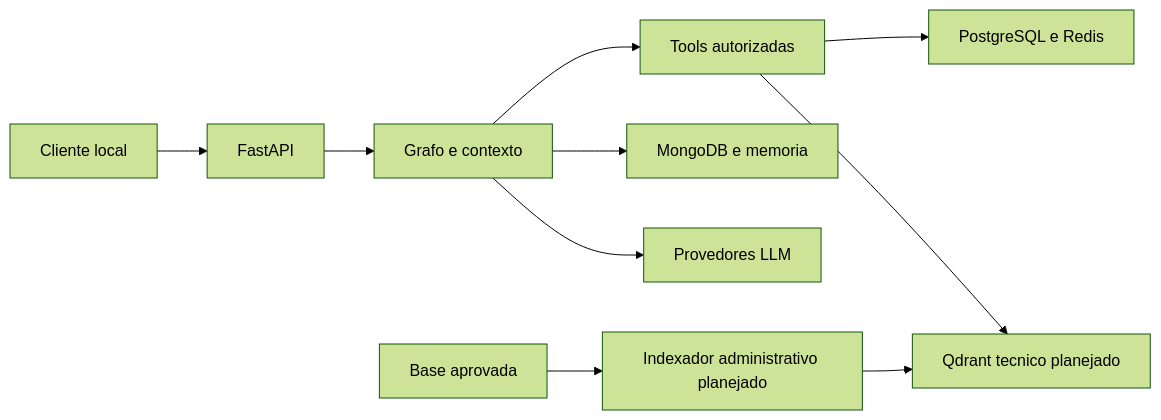
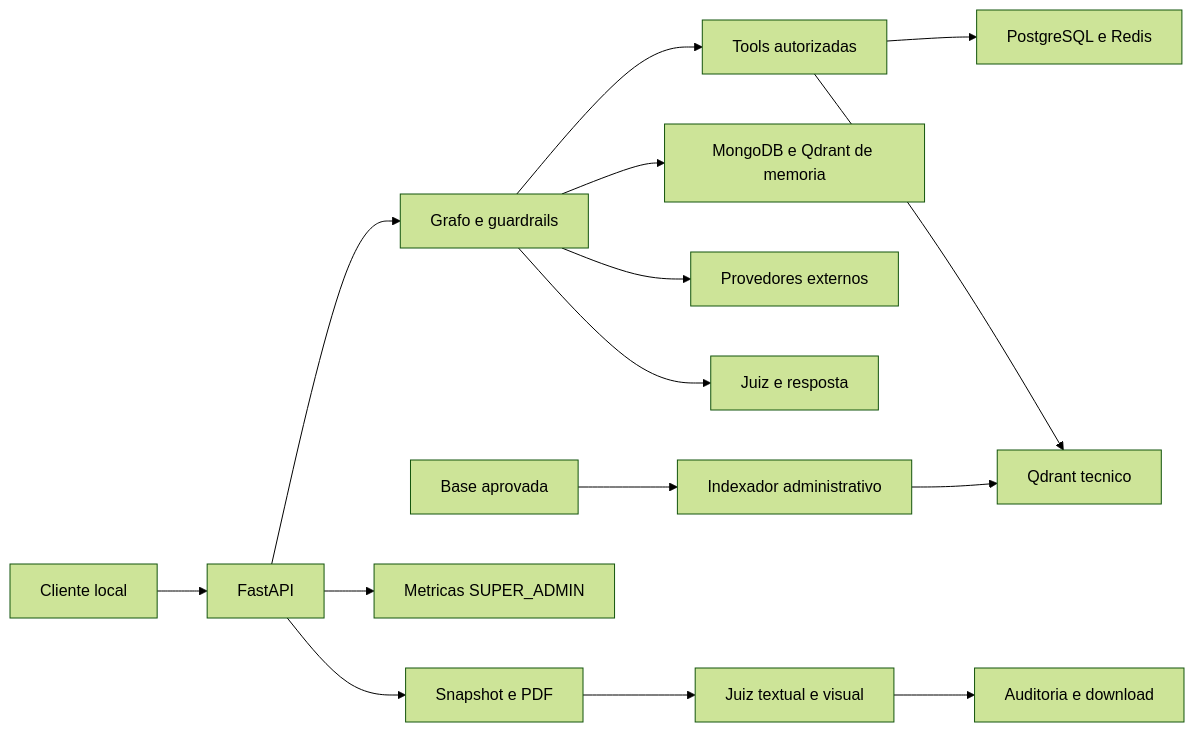
One commit to Skadi-Interdisciplinar/2_ano_back_ia changed the diagram in docs/2_ano_back_ia-threat-model.md. Above: the diagram before and after it, drawn with Mermaid (forest theme). The commit also changed other lines of this file and 5 other files, not shown here.

````diff
--- a/docs/2_ano_back_ia-threat-model.md
+++ b/docs/2_ano_back_ia-threat-model.md
@@ -34,12 +56,17 @@
 ```mermaid
 flowchart LR
-  U["Cliente local"] --> A["FastAPI"]
-  A --> G["Grafo e contexto"]
-  G --> T["Tools autorizadas"]
-  T --> P["PostgreSQL e Redis"]
-  G --> M["MongoDB e memoria"]
-  G --> L["Provedores LLM"]
-  T --> Q["Qdrant tecnico planejado"]
-  B["Base aprovada"] --> I["Indexador administrativo planejado"]
-  I --> Q
+  Cliente["Cliente local"] --> API["FastAPI"]
+  API --> Grafo["Grafo e guardrails"]
+  Grafo --> Tools["Tools autorizadas"]
+  Tools --> Bancos["PostgreSQL e Redis"]
+  Grafo --> Memoria["MongoDB e Qdrant de memoria"]
+  Tools --> RAG["Qdrant tecnico"]
+  Grafo --> LLM["Provedores externos"]
+  Grafo --> Juiz["Juiz e resposta"]
+  API --> PDF["Snapshot e PDF"]
+  PDF --> JuizPDF["Juiz textual e visual"]
+  JuizPDF --> Auditoria["Auditoria e download"]
+  API --> SRE["Metricas SUPER_ADMIN"]
+  Base["Base aprovada"] --> Indexador["Indexador administrativo"]
+  Indexador --> RAG
 ```
````
